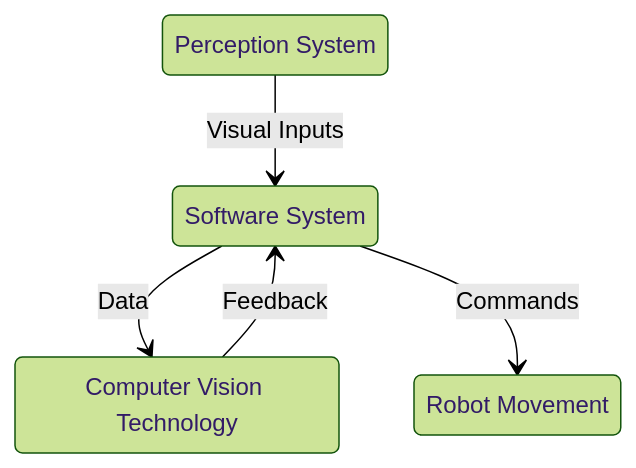
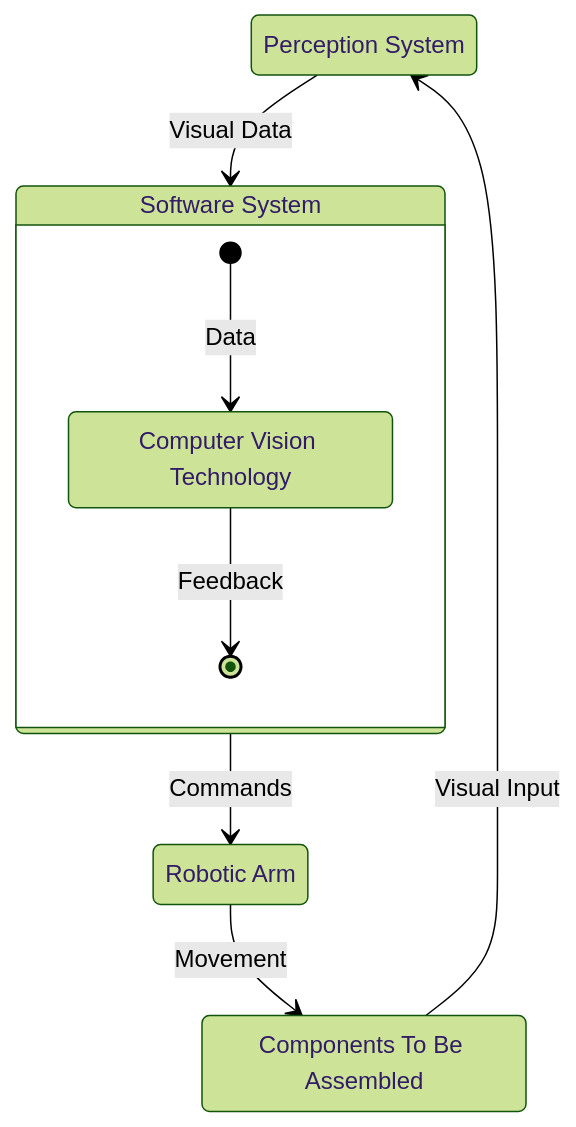
Before and after one commit to kanbanyte/sepa: the diagram in srs/srs.md, drawn with Mermaid (forest theme).

Commit message:
Update srs.md (Overall Description)
As per review:
* https://github.com/kanbanyte/sepa/pull/238#discussion_r1164968340

````diff
--- a/srs/srs.md
+++ b/srs/srs.md
@@ -98,13 +98,18 @@
 ```mermaid
 stateDiagram-v2
 	direction TB
 	state "Perception System" as Perception
-	state "Software System" as Software
 	state "Computer Vision Technology" as Vision
-	state "Robot Movement" as Movement
+	state "Robotic Arm" as Robot
+	state "Components To Be Assembled" as Components
 
-	Perception --> Software: Visual Inputs
-	Software --> Vision: Data
-	Vision --> Software: Feedback
-	Software --> Movement: Commands
+	state "Software System" as Software {
+		[*] --> Vision : Data
+		Vision --> [*] : Feedback
+	}
+
+	Perception --> Software : Visual Data
+	Software --> Robot : Commands
+	Robot --> Components : Movement
+	Components --> Perception : Visual Input
 ```
````
